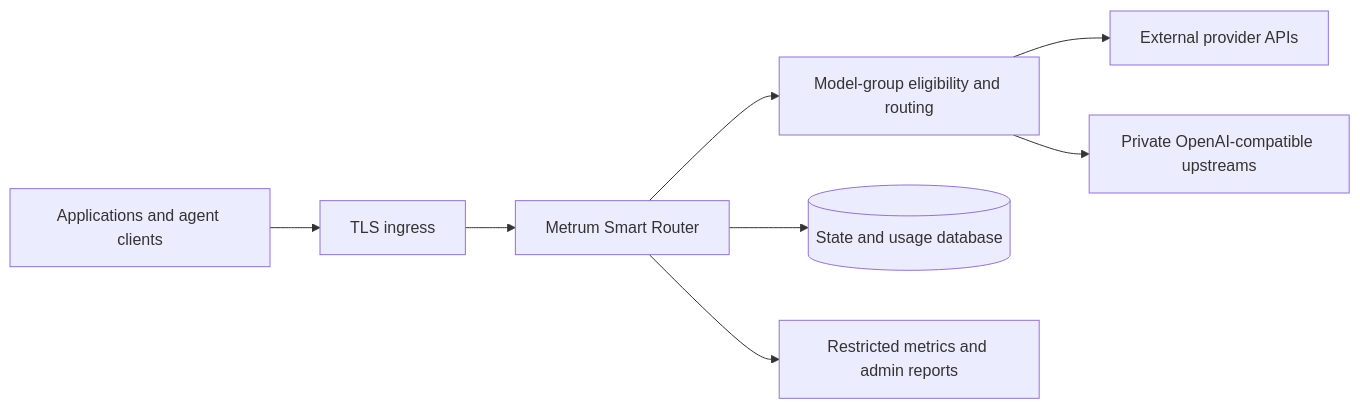
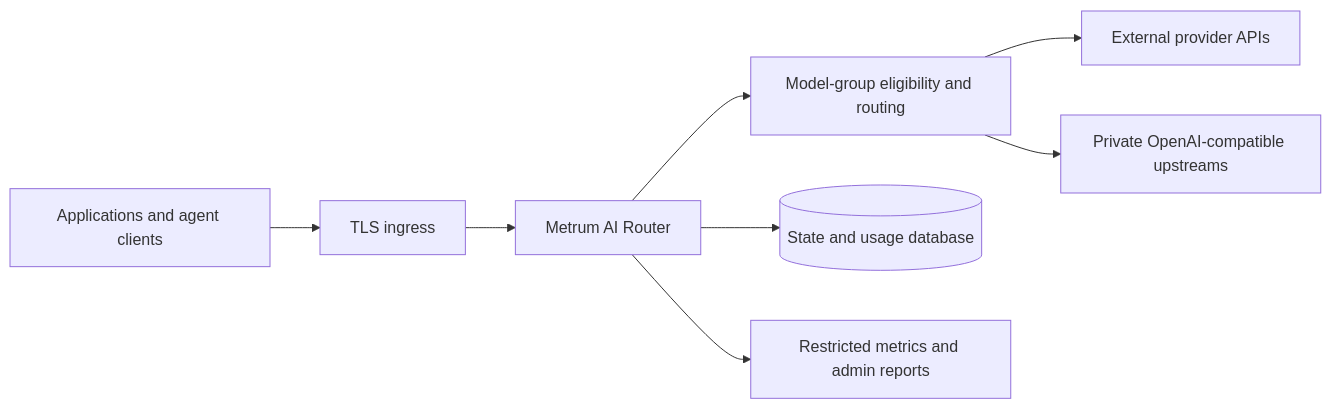
One commit to Metrum-AI-Products/genai-smart-router changed the diagram in docs-site/docs/reference/architecture-limitations.md. Above: the diagram before and after it, drawn with Mermaid. The commit also changed other lines of this file and 92 other files, not shown here.

First line of the commit message:
docs: converge product name on Metrum AI Router (#120)

````diff
--- a/docs-site/docs/reference/architecture-limitations.md
+++ b/docs-site/docs/reference/architecture-limitations.md
@@ -11,10 +11,10 @@
 ```mermaid
 flowchart LR
   Client[Applications and agent clients] --> Ingress[TLS ingress]
-  Ingress --> Router[Metrum Smart Router]
+  Ingress --> Router[Metrum AI Router]
   Router --> Policy[Model-group eligibility and routing]
   Policy --> Provider[External provider APIs]
   Policy --> Private[Private OpenAI-compatible upstreams]
   Router --> State[(State and usage database)]
   Router --> Ops[Restricted metrics and admin reports]
 ```
````
